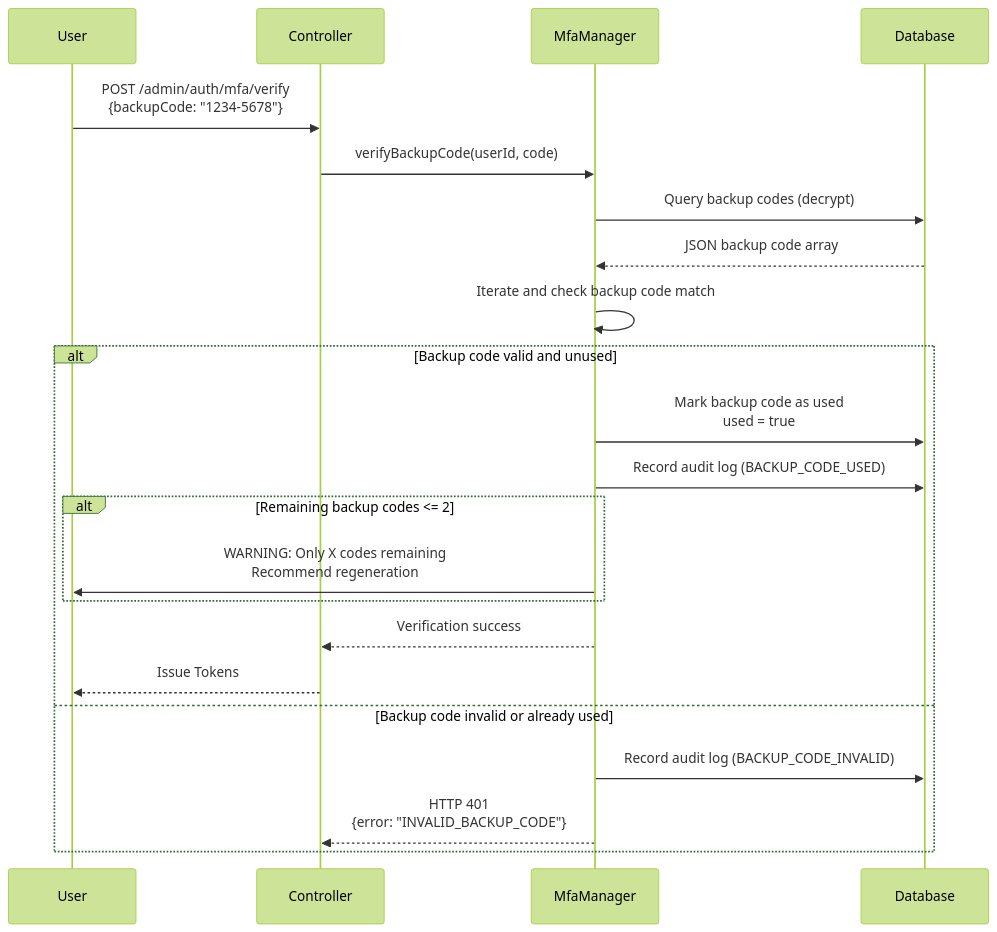
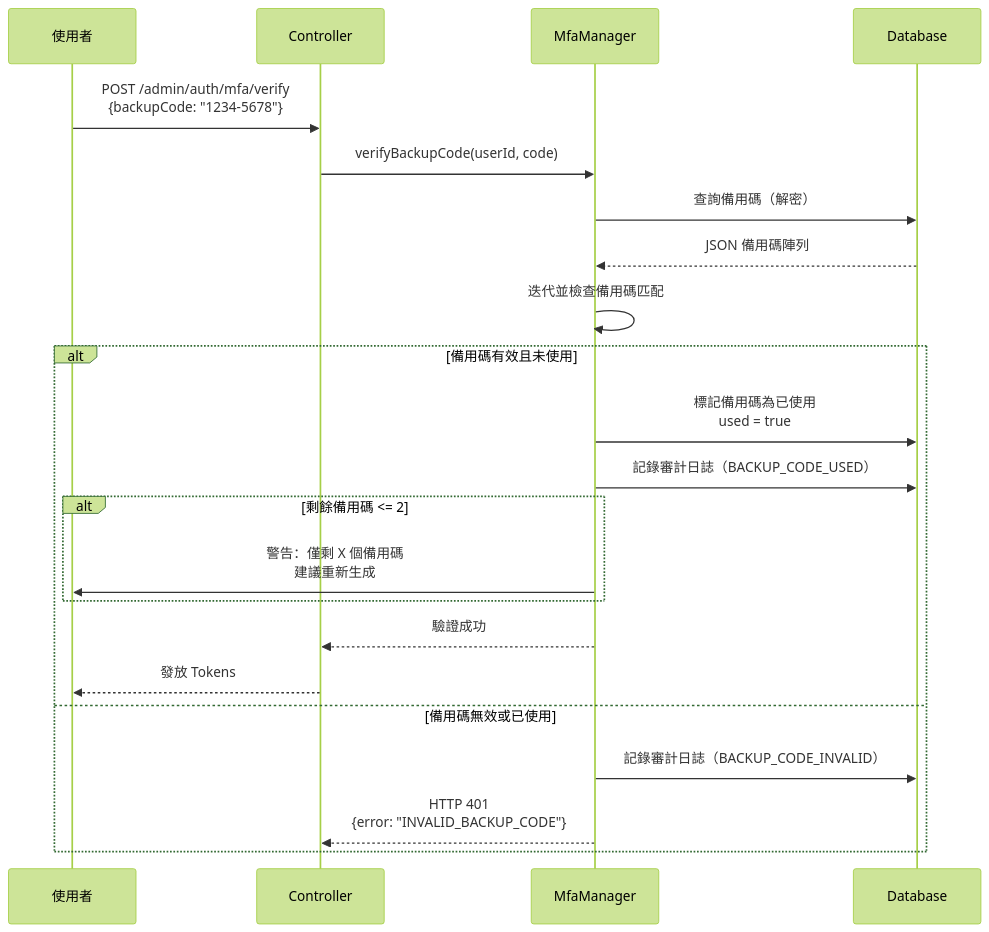
Before and after one commit to ron03wlb/smart-admin: the first of 4 diagrams in docs/iGaming/architecture/06_Platform_Core/MFA_Compliance_Validation.md, drawn with Mermaid (forest theme). The commit also changed other lines of this file and 4 other files, not shown here.

````diff
--- a/docs/iGaming/architecture/06_Platform_Core/MFA_Compliance_Validation.md
+++ b/docs/iGaming/architecture/06_Platform_Core/MFA_Compliance_Validation.md
@@ -87,29 +87,29 @@
 ```mermaid
 sequenceDiagram
-    participant U as User
+    participant U as 使用者
     participant C as Controller
     participant M as MfaManager
     participant D as Database
 
     U->>C: POST /admin/auth/mfa/verify<br/>{backupCode: "1234-5678"}
     C->>M: verifyBackupCode(userId, code)
-    M->>D: Query backup codes (decrypt)
-    D-->>M: JSON backup code array
+    M->>D: 查詢備用碼（解密）
+    D-->>M: JSON 備用碼陣列
 
-    M->>M: Iterate and check backup code match
+    M->>M: 迭代並檢查備用碼匹配
 
-    alt Backup code valid and unused
-        M->>D: Mark backup code as used<br/>used = true
-        M->>D: Record audit log (BACKUP_CODE_USED)
+    alt 備用碼有效且未使用
+        M->>D: 標記備用碼為已使用<br/>used = true
+        M->>D: 記錄審計日誌（BACKUP_CODE_USED）
 
-        alt Remaining backup codes <= 2
-            M->>U: WARNING: Only X codes remaining<br/>Recommend regeneration
+        alt 剩餘備用碼 <= 2
+            M->>U: 警告：僅剩 X 個備用碼<br/>建議重新生成
         end
 
-        M-->>C: Verification success
-        C-->>U: Issue Tokens
-    else Backup code invalid or already used
-        M->>D: Record audit log (BACKUP_CODE_INVALID)
+        M-->>C: 驗證成功
+        C-->>U: 發放 Tokens
+    else 備用碼無效或已使用
+        M->>D: 記錄審計日誌（BACKUP_CODE_INVALID）
         M-->>C: HTTP 401<br/>{error: "INVALID_BACKUP_CODE"}
     end
 ```
````
